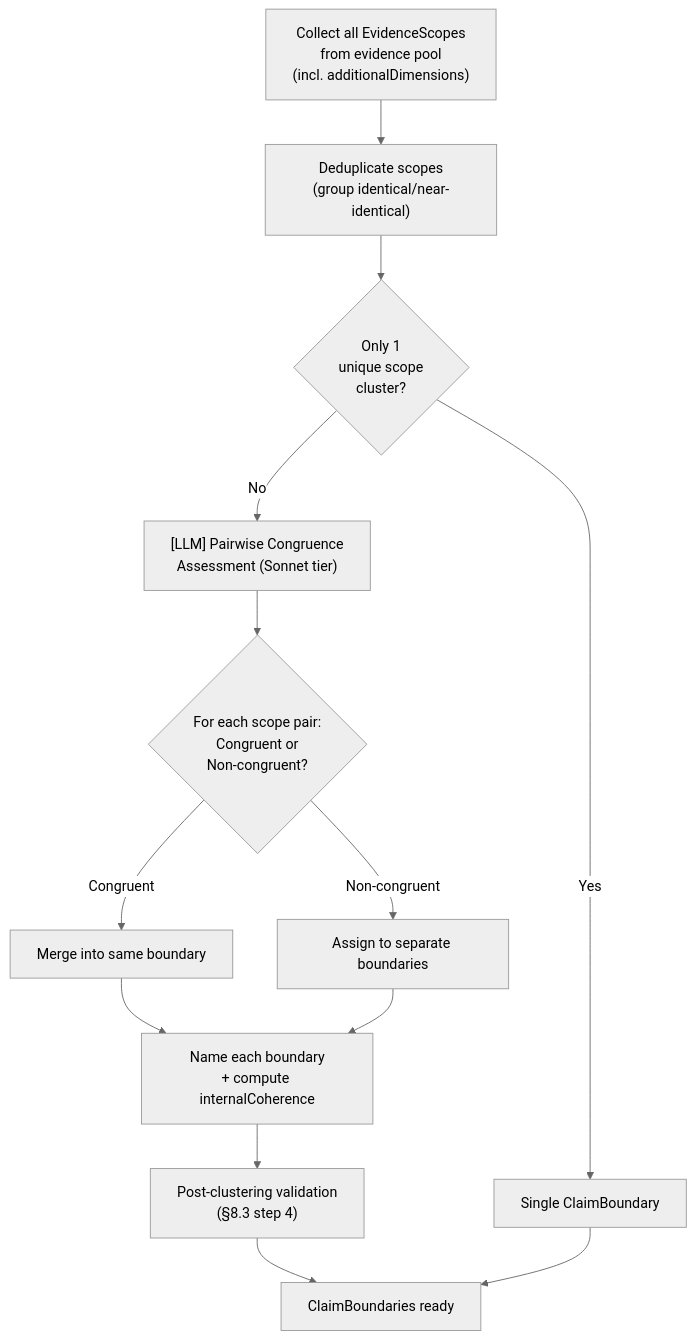
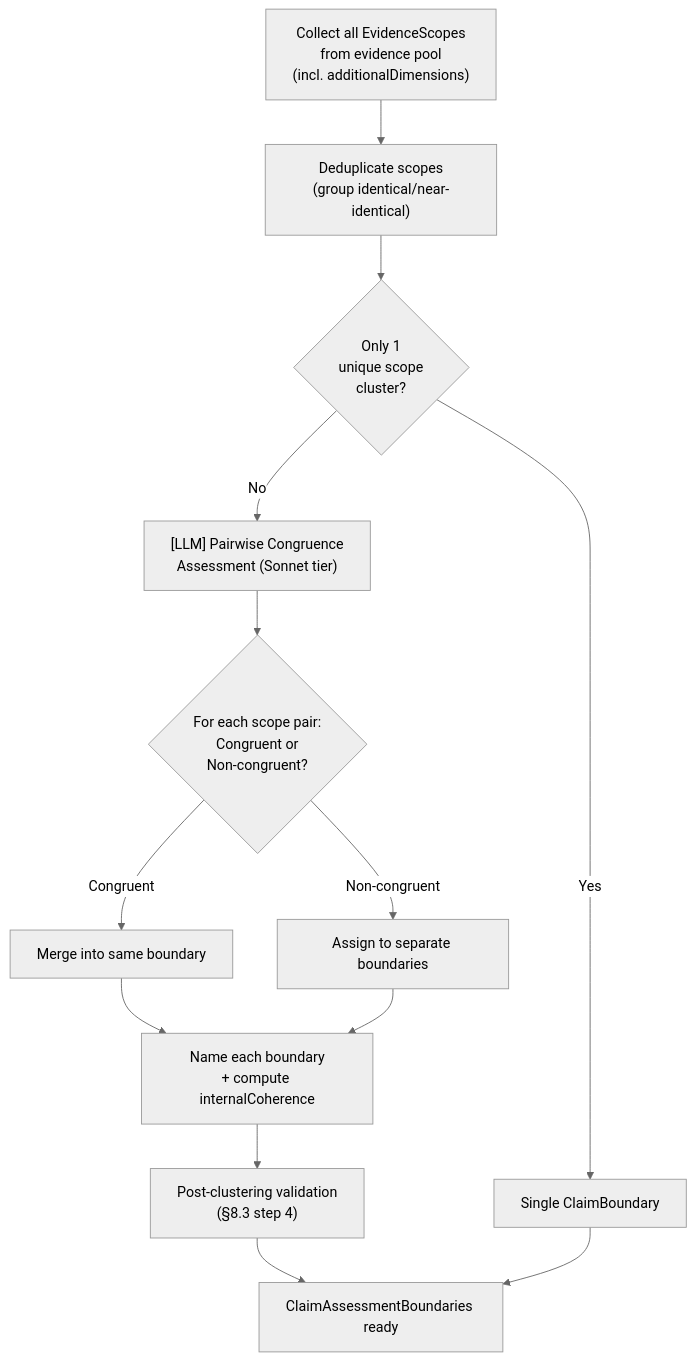
The fifth of 5 diagrams in Docs/WIP/ClaimBoundary_Pipeline_Architecture_2026-02-15.md (robertschaub/FactHarbor), drawn with Mermaid (neutral theme) before and after one commit. The commit also changed other lines of this file and 17 other files, not shown here.

First line of the commit message:
refactor: rename ClaimBoundary → ClaimAssessmentBoundary (partial)

````diff
--- a/Docs/WIP/ClaimBoundary_Pipeline_Architecture_2026-02-15.md
+++ b/Docs/WIP/ClaimBoundary_Pipeline_Architecture_2026-02-15.md
@@ -1689,15 +1689,15 @@
 ```mermaid
 flowchart TD
     A["Collect all EvidenceScopes<br>from evidence pool<br>(incl. additionalDimensions)"] --> B["Deduplicate scopes<br>(group identical/near-identical)"]
     B --> C{"Only 1<br>unique scope<br>cluster?"}
     C -->|"Yes"| D["Single ClaimBoundary"]
     C -->|"No"| E["[LLM] Pairwise Congruence<br>Assessment (Sonnet tier)"]
     E --> F{"For each scope pair:<br>Congruent or<br>Non-congruent?"}
     F -->|"Congruent"| G["Merge into same boundary"]
     F -->|"Non-congruent"| H["Assign to separate boundaries"]
     G --> I["Name each boundary<br>+ compute internalCoherence"]
     H --> I
     I --> J["Post-clustering validation<br>(§8.3 step 4)"]
-    J --> K["ClaimBoundaries ready"]
+    J --> K["ClaimAssessmentBoundaries ready"]
     D --> K
 ```
````
